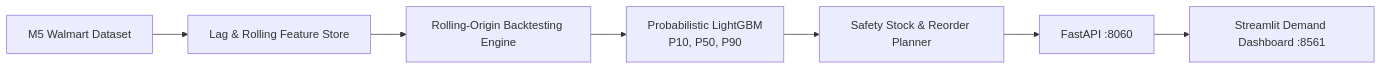
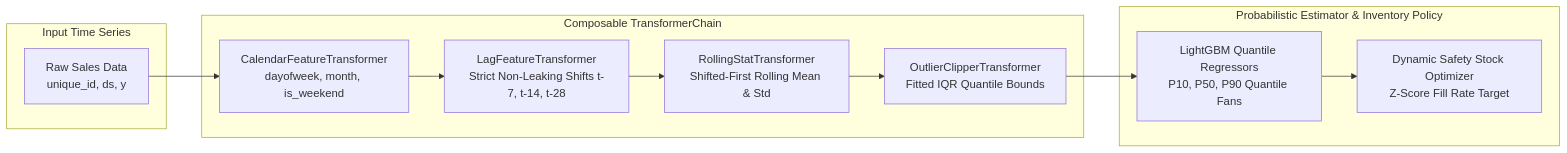
The diagram in README.md (jackson-marcus/Demand-Cast), drawn with Mermaid before and after one commit. The commit also changed other lines of this file and 11 other files, not shown here.

Commit message:
feat: complete software architecture refactoring, unique system design, and professional README

````diff
--- a/README.md
+++ b/README.md
@@ -42,8 +26,25 @@
 ```mermaid
-flowchart LR
-    Raw[M5 Walmart Dataset] --> Feat[Lag & Rolling Feature Store]
-    Feat --> Backtest[Rolling-Origin Backtesting Engine]
-    Backtest --> LGBM[Probabilistic LightGBM<br/>P10, P50, P90]
-    LGBM --> Stock[Safety Stock & Reorder Planner]
-    Stock --> API[FastAPI :8060] --> UI[Streamlit Demand Dashboard :8561]
+graph LR
+    subgraph Data_Input ["Input Time Series"]
+        Raw[Raw Sales Data<br/>unique_id, ds, y]
+    end
+
+    subgraph Transformer_Chain ["Composable TransformerChain"]
+        Cal[CalendarFeatureTransformer<br/>dayofweek, month, is_weekend]
+        Lag[LagFeatureTransformer<br/>Strict Non-Leaking Shifts t-7, t-14, t-28]
+        Roll[RollingStatTransformer<br/>Shifted-First Rolling Mean & Std]
+        Clip[OutlierClipperTransformer<br/>Fitted IQR Quantile Bounds]
+    end
+
+    subgraph Estimator_Layer ["Probabilistic Estimator & Inventory Policy"]
+        LGBM[LightGBM Quantile Regressors<br/>P10, P50, P90 Quantile Fans]
+        Stock[Dynamic Safety Stock Optimizer<br/>Z-Score Fill Rate Target]
+    end
+
+    Raw --> Cal
+    Cal --> Lag
+    Lag --> Roll
+    Roll --> Clip
+    Clip --> LGBM
+    LGBM --> Stock
 ```
````
